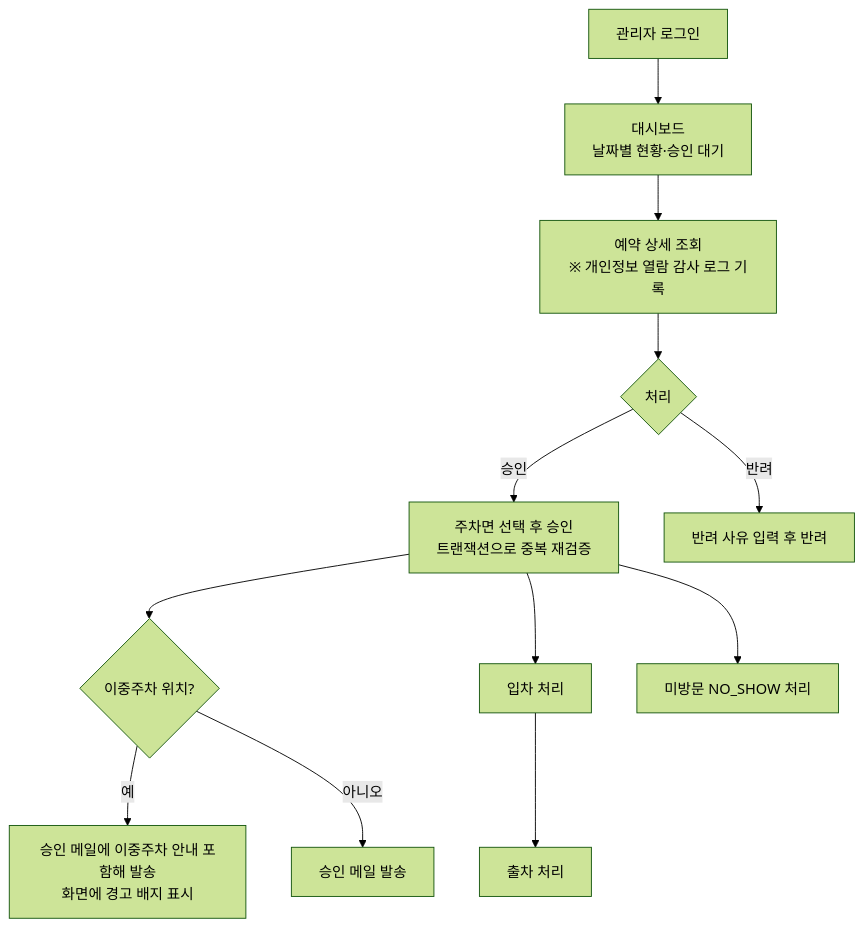
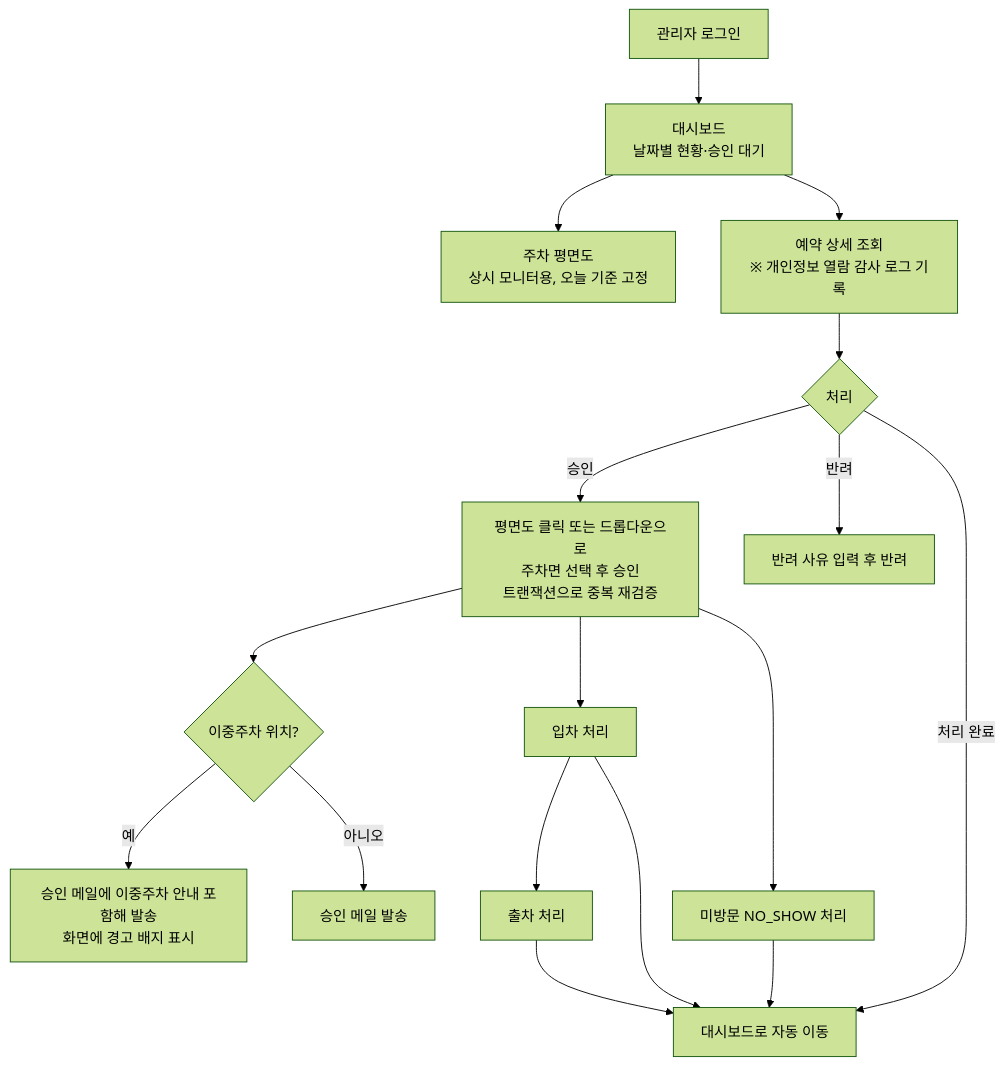
Before and after one commit to leejyeone/ParkingSystem: the fourth of 6 diagrams in README.md, drawn with Mermaid (forest theme). The commit also changed other lines of this file, not shown here.

````diff
--- a/README.md
+++ b/README.md
@@ -354,14 +389,19 @@
 ```mermaid
 flowchart TD
     A[관리자 로그인] --> B[대시보드<br/>날짜별 현황·승인 대기]
+    B --> M[주차 평면도<br/>상시 모니터용, 오늘 기준 고정]
     B --> C[예약 상세 조회<br/>※ 개인정보 열람 감사 로그 기록]
     C --> D{처리}
-    D -->|승인| E[주차면 선택 후 승인<br/>트랜잭션으로 중복 재검증]
+    D -->|승인| E[평면도 클릭 또는 드롭다운으로<br/>주차면 선택 후 승인<br/>트랜잭션으로 중복 재검증]
     D -->|반려| F[반려 사유 입력 후 반려]
     E --> G{이중주차 위치?}
     G -->|예| H[승인 메일에 이중주차 안내 포함해 발송<br/>화면에 경고 배지 표시]
     G -->|아니오| I[승인 메일 발송]
     E --> J[입차 처리]
     J --> K[출차 처리]
     E --> L[미방문 NO_SHOW 처리]
+    D -->|처리 완료| N[대시보드로 자동 이동]
+    J --> N
+    K --> N
+    L --> N
 ```
````
